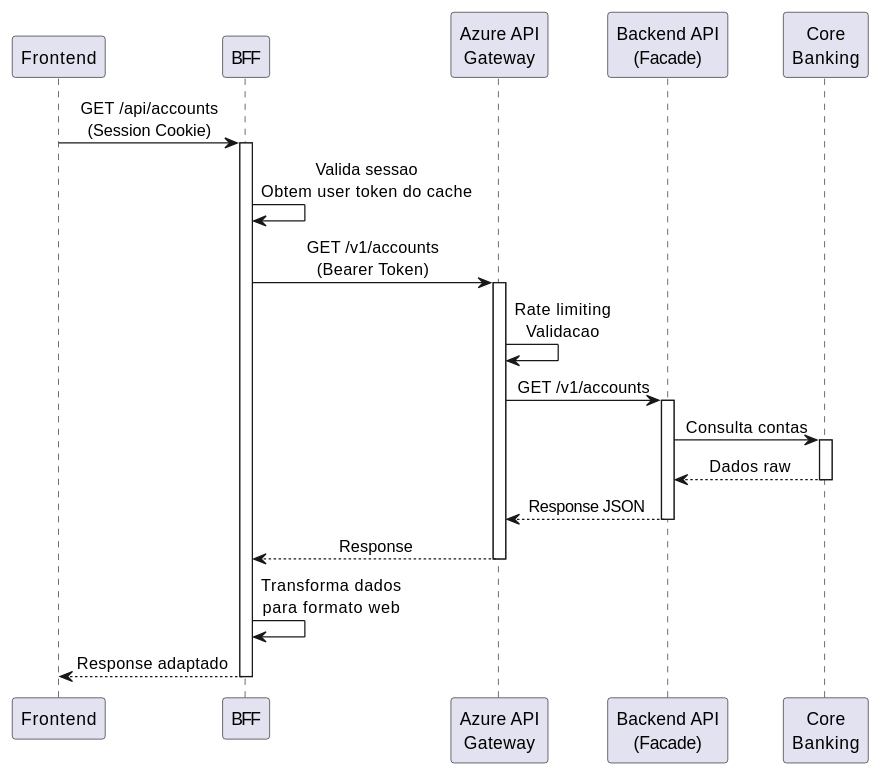
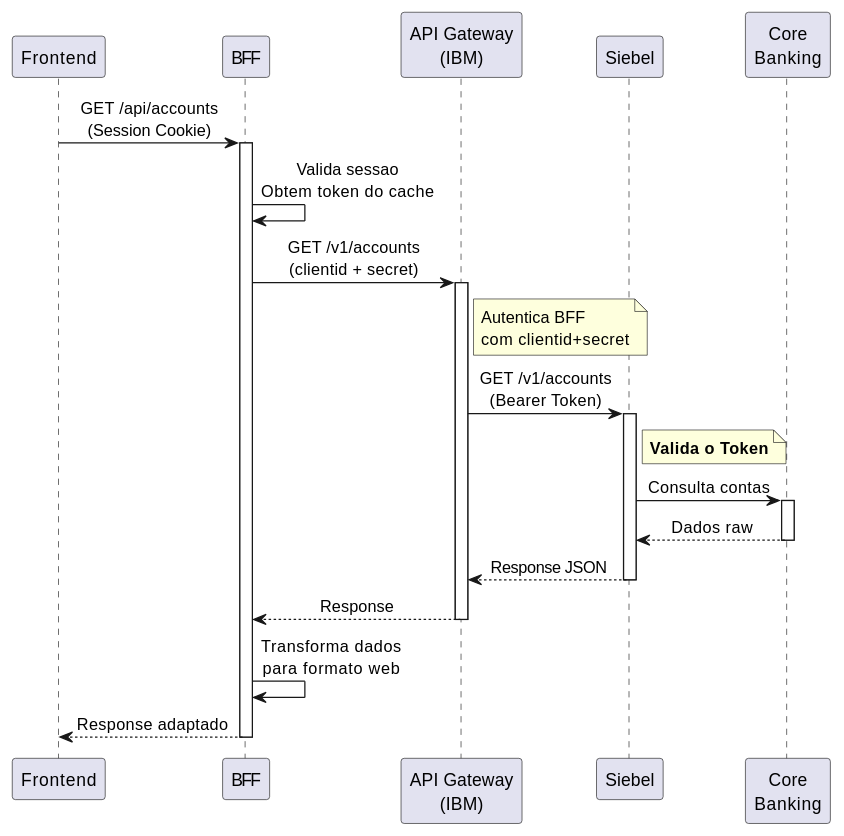
The first of 3 diagrams in current/sections/SEC-09-integracao-interfaces-externas.md (beduardo/novobanco_website_doc), drawn with PlantUML before and after one commit. The commit also changed other lines of this file and 6 other files, not shown here.

Commit message:
Diagrama de arquitetura único

````diff
--- a/current/sections/SEC-09-integracao-interfaces-externas.md
+++ b/current/sections/SEC-09-integracao-interfaces-externas.md
@@ -119,41 +68,41 @@
 ```plantuml
 @startuml
 skinparam sequenceMessageAlign center
 
 participant "Frontend" as FE
 participant "BFF" as BFF
-participant "Azure API\nGateway" as GW
-participant "Backend API\n(Facade)" as API
+participant "API Gateway\n(IBM)" as GW
+participant "Siebel" as SIEBEL
 participant "Core\nBanking" as CB
 
 FE -> BFF : GET /api/accounts\n(Session Cookie)
 activate BFF
 
-BFF -> BFF : Valida sessao\nObtem user token do cache
+BFF -> BFF : Valida sessao\nObtem token do cache
 
-BFF -> GW : GET /v1/accounts\n(Bearer Token)
+BFF -> GW : GET /v1/accounts\n(clientid + secret)
 activate GW
+note right of GW: Autentica BFF\ncom clientid+secret
 
-GW -> GW : Rate limiting\nValidacao
+GW -> SIEBEL : GET /v1/accounts\n(Bearer Token)
+activate SIEBEL
+note right of SIEBEL: **Valida o Token**
 
-GW -> API : GET /v1/accounts
-activate API
-
-API -> CB : Consulta contas
+SIEBEL -> CB : Consulta contas
 activate CB
-CB --> API : Dados raw
+CB --> SIEBEL : Dados raw
 deactivate CB
 
-API --> GW : Response JSON
-deactivate API
+SIEBEL --> GW : Response JSON
+deactivate SIEBEL
 
 GW --> BFF : Response
 deactivate GW
 
 BFF -> BFF : Transforma dados\npara formato web
 
 BFF --> FE : Response adaptado
 deactivate BFF
 
 @enduml
 ```
````
